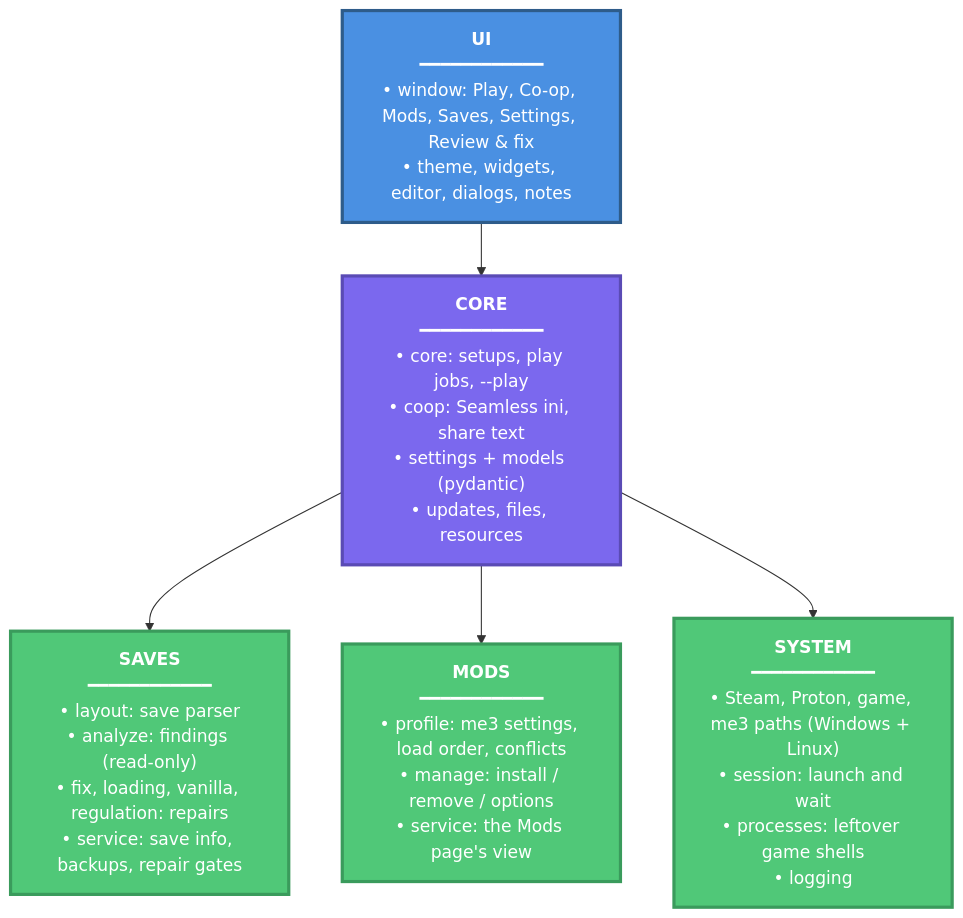
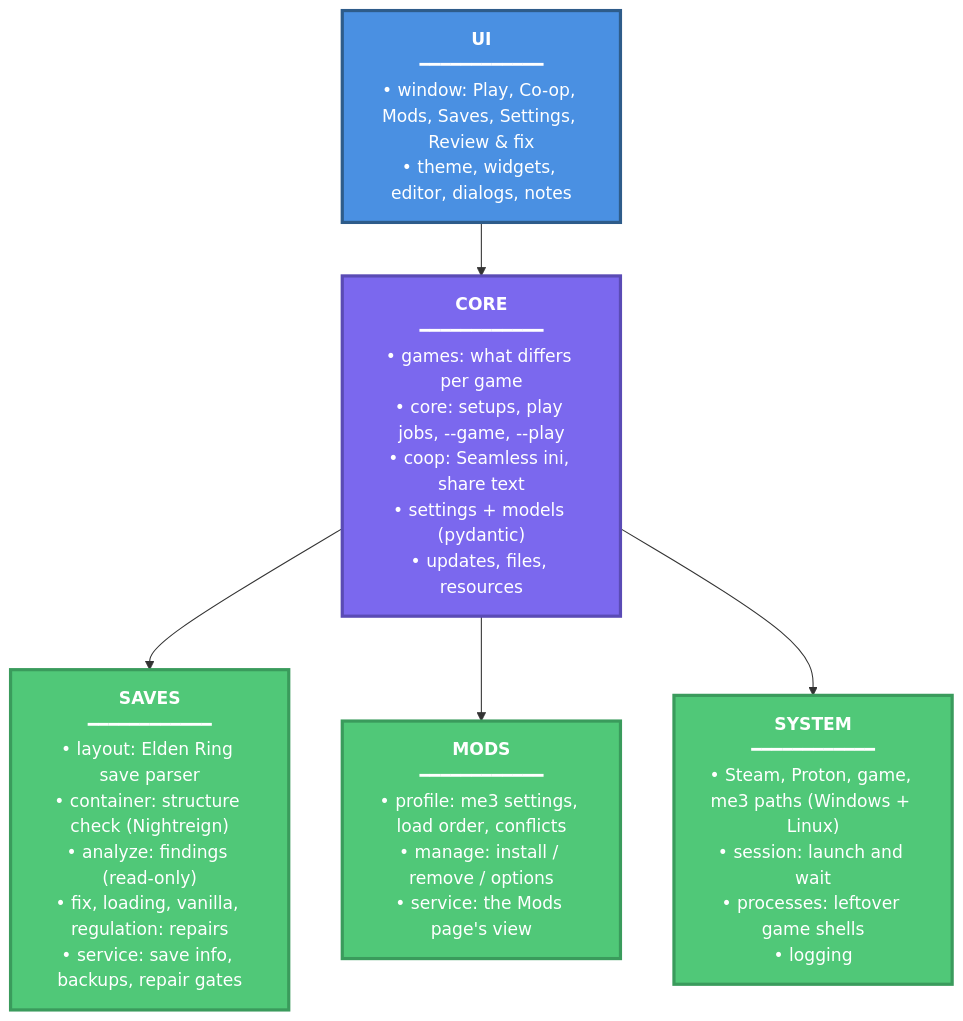
One commit to Carlomos7/roundtable-souls changed the diagram in README.md. Above: the diagram before and after it, drawn with Mermaid. The commit also changed other lines of this file and 19 other files, not shown here.

First line of the commit message:
Game tabs: Nightreign support, placeholders for Dark Souls III and Sekiro

````diff
--- a/README.md
+++ b/README.md
@@ -9,20 +9,20 @@
 ```mermaid
 graph TD
     UI["<b>UI</b><br/>━━━━━━━━━━━━<br/>• window: Play, Co-op, Mods, Saves, Settings, Review & fix<br/>• theme, widgets, editor, dialogs, notes"]
-    CORE["<b>CORE</b><br/>━━━━━━━━━━━━<br/>• core: setups, play jobs, --play<br/>• coop: Seamless ini, share text<br/>• settings + models (pydantic)<br/>• updates, files, resources"]
-    SAVES["<b>SAVES</b><br/>━━━━━━━━━━━━<br/>• layout: save parser<br/>• analyze: findings (read-only)<br/>• fix, loading, vanilla, regulation: repairs<br/>• service: save info, backups, repair gates"]
+    CORE["<b>CORE</b><br/>━━━━━━━━━━━━<br/>• games: what differs per game<br/>• core: setups, play jobs, --game, --play<br/>• coop: Seamless ini, share text<br/>• settings + models (pydantic)<br/>• updates, files, resources"]
+    SAVES["<b>SAVES</b><br/>━━━━━━━━━━━━<br/>• layout: Elden Ring save parser<br/>• container: structure check (Nightreign)<br/>• analyze: findings (read-only)<br/>• fix, loading, vanilla, regulation: repairs<br/>• service: save info, backups, repair gates"]
     MODS["<b>MODS</b><br/>━━━━━━━━━━━━<br/>• profile: me3 settings, load order, conflicts<br/>• manage: install / remove / options<br/>• service: the Mods page's view"]
     SYSTEM["<b>SYSTEM</b><br/>━━━━━━━━━━━━<br/>• Steam, Proton, game, me3 paths (Windows + Linux)<br/>• session: launch and wait<br/>• processes: leftover game shells<br/>• logging"]
 
     UI --> CORE
     CORE --> SAVES
     CORE --> MODS
     CORE --> SYSTEM
 
     classDef ui fill:#4A90E2,stroke:#2E5C8A,stroke-width:3px,color:#fff
     classDef core fill:#7B68EE,stroke:#5A4BB5,stroke-width:3px,color:#fff
     classDef layer fill:#50C878,stroke:#3A9B5C,stroke-width:3px,color:#fff
     class UI ui
     class CORE core
     class SAVES,MODS,SYSTEM layer
 ```
````
